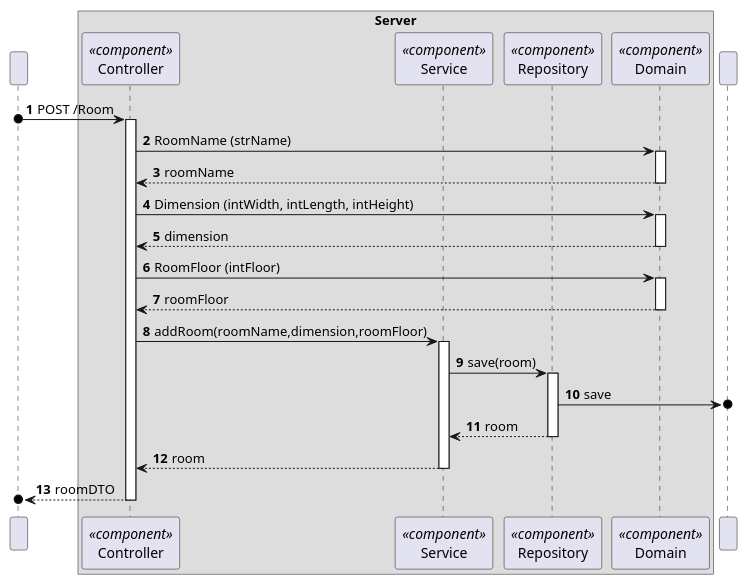
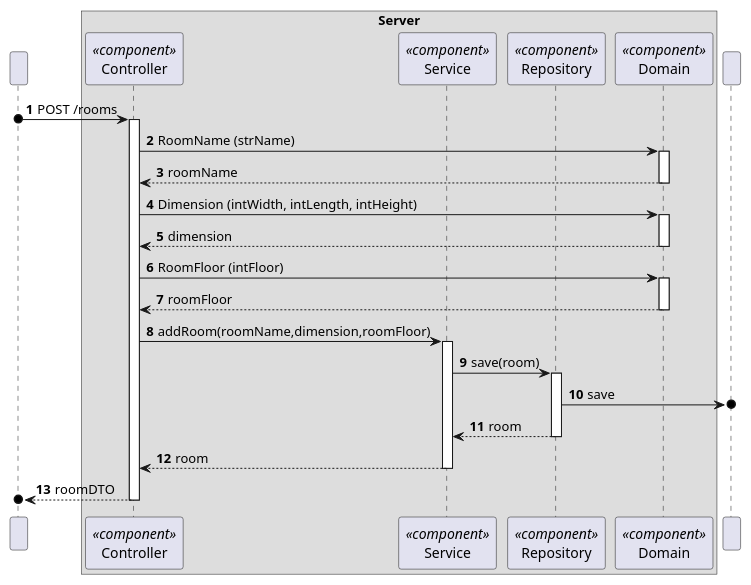
One commit to moutajDev/smarthome changed the diagram in docs/C4_4plus1_models/Level4/ProcessView/ProcessViewLevel4_UC02.puml. Above: the diagram before and after it, drawn with PlantUML. The commit also changed 38 other files, not shown here.

```diff
--- a/docs/C4_4plus1_models/Level4/ProcessView/ProcessViewLevel4_UC02.puml
+++ b/docs/C4_4plus1_models/Level4/ProcessView/ProcessViewLevel4_UC02.puml
@@ -1,59 +1,59 @@
 @startuml
 'https://plantuml.com/sequence-diagram
 !pragma layout smetana
 
 autonumber
 
 participant " " as HTTP
 
 box "Server"
     participant "Controller" as CTRL<<component>>
     participant "Service" as SV<<component>>
     participant "Repository" as REPO<<component>>
     participant "Domain" as DOM<<component>>
 
 end box
 participant " " as BD
 
 
-HTTP o-> CTRL : POST /Room
+HTTP o-> CTRL : POST /rooms
 activate CTRL
 
 
 
 CTRL -> DOM : RoomName (strName)
 activate DOM
 DOM --> CTRL : roomName
 deactivate DOM
 
 CTRL -> DOM : Dimension (intWidth, intLength, intHeight)
 activate DOM
 DOM --> CTRL : dimension
 deactivate DOM
 
 CTRL -> DOM : RoomFloor (intFloor)
 activate DOM
 DOM --> CTRL : roomFloor
 deactivate DOM
 
 CTRL -> SV :addRoom(roomName,dimension,roomFloor)
 activate SV
 
 SV -> REPO : save(room)
 activate REPO
 REPO ->o BD : save
 REPO --> SV : room
 deactivate REPO
 
 SV --> CTRL : room
 deactivate SV
 
 
 CTRL -->o HTTP : roomDTO
 deactivate CTRL
 
 
 
 
 
 @enduml
```
